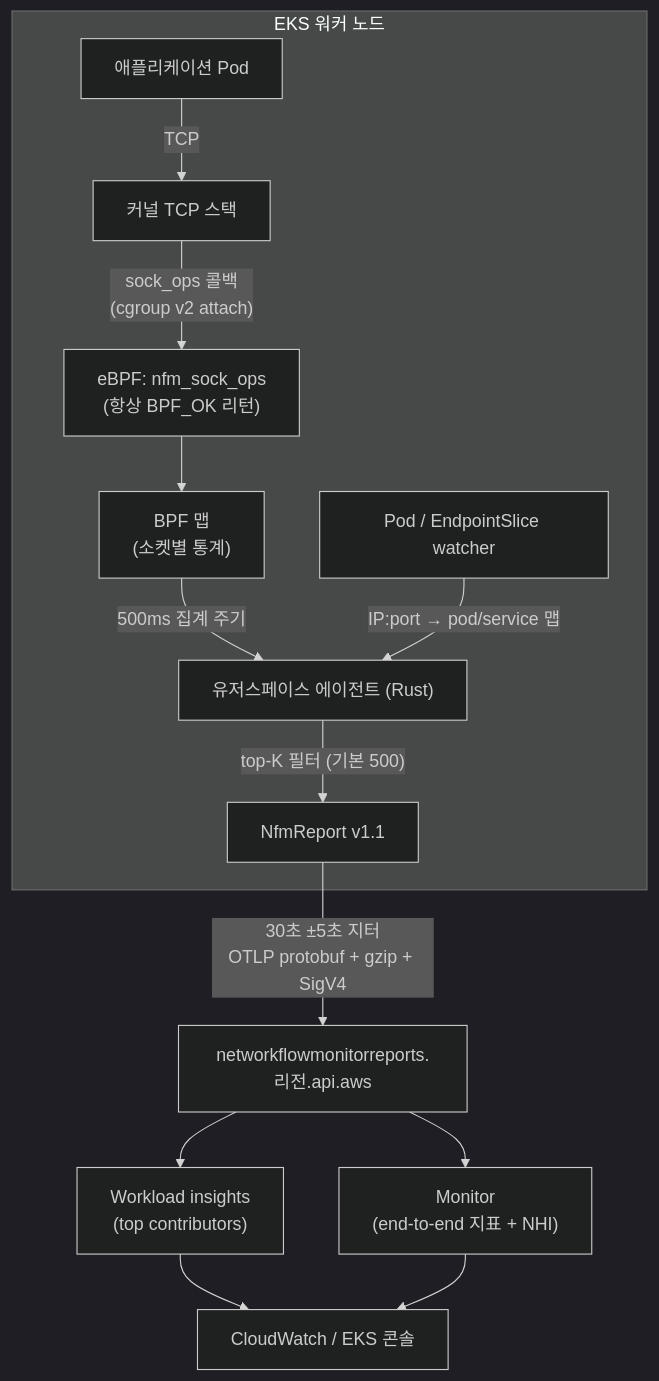
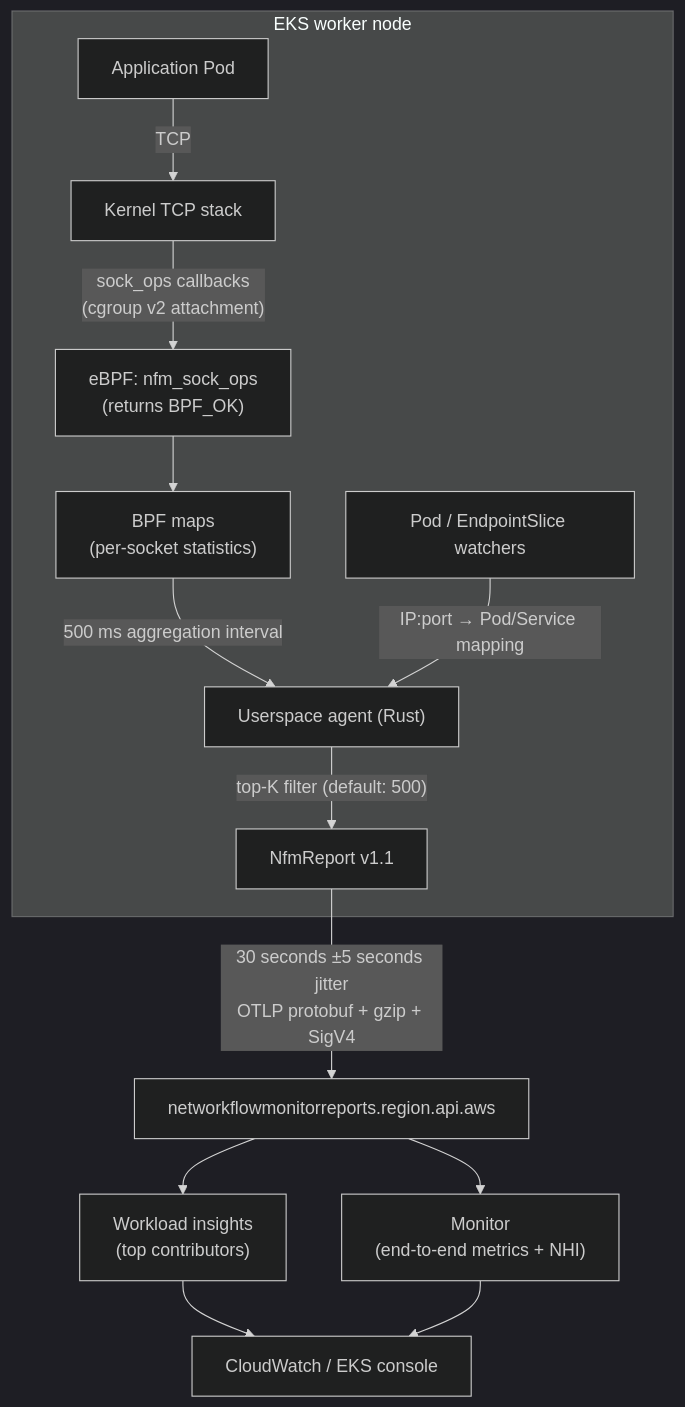
The diagram in docs/eks-best-practices/operations-reliability/network-flow-monitor.md (devfloor9/engineering-playbook), drawn with Mermaid (dark theme) before and after one commit. The commit also changed other lines of this file and 954 other files, not shown here.

````diff
--- a/docs/eks-best-practices/operations-reliability/network-flow-monitor.md
+++ b/docs/eks-best-practices/operations-reliability/network-flow-monitor.md
@@ -46,15 +46,15 @@
 ```mermaid
 flowchart TB
-    subgraph NODE["EKS 워커 노드"]
-        APP["애플리케이션 Pod"] -->|TCP| KSTACK["커널 TCP 스택"]
-        KSTACK -->|"sock_ops 콜백<br/>(cgroup v2 attach)"| BPF["eBPF: nfm_sock_ops<br/>(항상 BPF_OK 리턴)"]
-        BPF --> MAPS["BPF 맵<br/>(소켓별 통계)"]
-        MAPS -->|"500ms 집계 주기"| AGENT["유저스페이스 에이전트 (Rust)"]
-        K8S["Pod / EndpointSlice watcher"] -->|"IP:port → pod/service 맵"| AGENT
-        AGENT -->|"top-K 필터 (기본 500)"| REPORT["NfmReport v1.1"]
+    subgraph NODE["EKS worker node"]
+        APP["Application Pod"] -->|TCP| KSTACK["Kernel TCP stack"]
+        KSTACK -->|"sock_ops callbacks<br/>(cgroup v2 attachment)"| BPF["eBPF: nfm_sock_ops<br/>(returns BPF_OK)"]
+        BPF --> MAPS["BPF maps<br/>(per-socket statistics)"]
+        MAPS -->|"500 ms aggregation interval"| AGENT["Userspace agent (Rust)"]
+        K8S["Pod / EndpointSlice watchers"] -->|"IP:port → Pod/Service mapping"| AGENT
+        AGENT -->|"top-K filter (default: 500)"| REPORT["NfmReport v1.1"]
     end
-    REPORT -->|"30초 ±5초 지터<br/>OTLP protobuf + gzip + SigV4"| BE["networkflowmonitorreports.리전.api.aws"]
+    REPORT -->|"30 seconds ±5 seconds jitter<br/>OTLP protobuf + gzip + SigV4"| BE["networkflowmonitorreports.region.api.aws"]
     BE --> WI["Workload insights<br/>(top contributors)"]
-    BE --> MON["Monitor<br/>(end-to-end 지표 + NHI)"]
-    WI & MON --> CONSOLE["CloudWatch / EKS 콘솔"]
+    BE --> MON["Monitor<br/>(end-to-end metrics + NHI)"]
+    WI & MON --> CONSOLE["CloudWatch / EKS console"]
 ```
````
